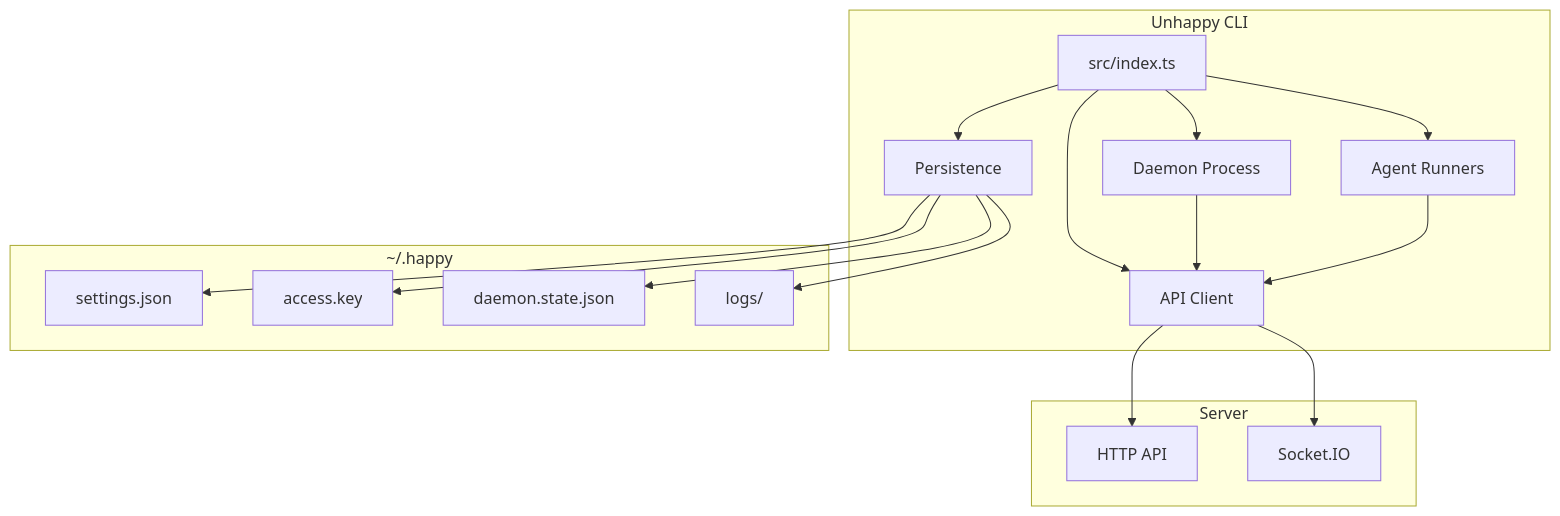
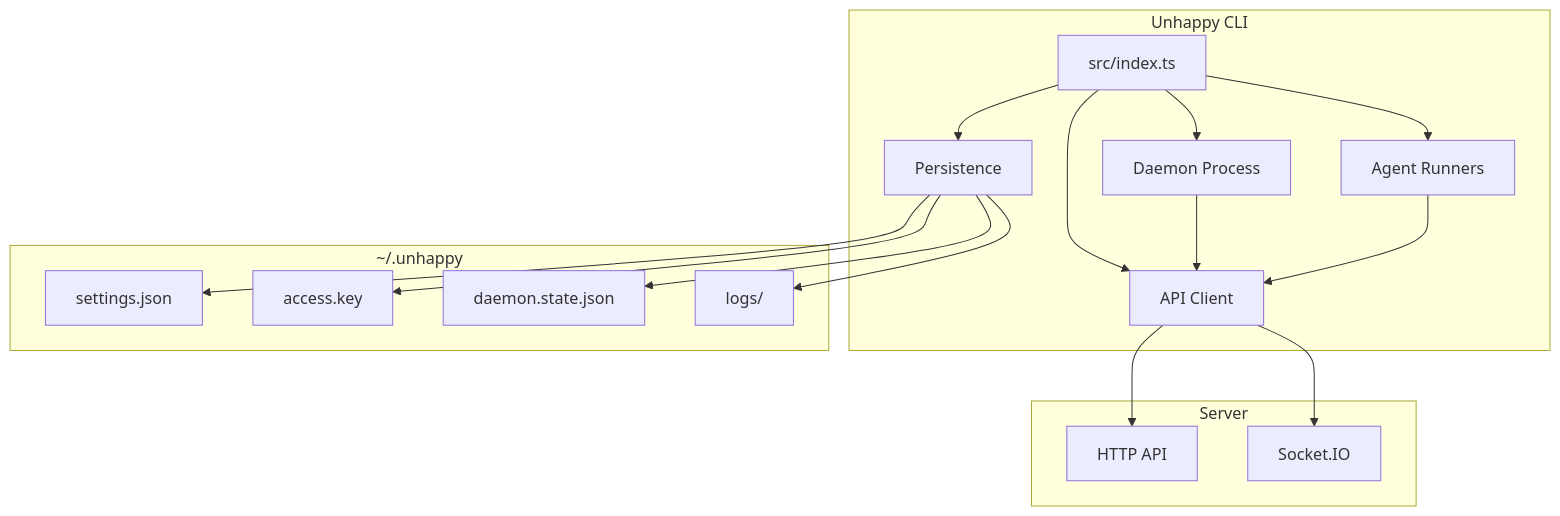
One commit to samsam-oo/unhappy changed the first of 12 diagrams in docs/cli-architecture.md. Above: the diagram before and after it, drawn with Mermaid. The commit also changed other lines of this file and 75 other files, not shown here.

First line of the commit message:
refactor: rename references from "happy" to "unhappy" across documentation and code

````diff
--- a/docs/cli-architecture.md
+++ b/docs/cli-architecture.md
@@ -7,33 +7,33 @@
 ```mermaid
 graph TB
     subgraph "Unhappy CLI"
         Entry[src/index.ts]
         API[API Client]
         Daemon[Daemon Process]
         Agents[Agent Runners]
         Persist[Persistence]
     end
 
-    subgraph "~/.happy"
+    subgraph "~/.unhappy"
         Settings[settings.json]
         AccessKey[access.key]
         DaemonState[daemon.state.json]
         Logs[logs/]
     end
 
     subgraph Server
         HTTP[HTTP API]
         Socket[Socket.IO]
     end
 
     Entry --> API
     Entry --> Daemon
     Entry --> Agents
     Entry --> Persist
 
     Persist --> Settings & AccessKey & DaemonState & Logs
 
     API --> HTTP & Socket
     Daemon --> API
     Agents --> API
 ```
````
